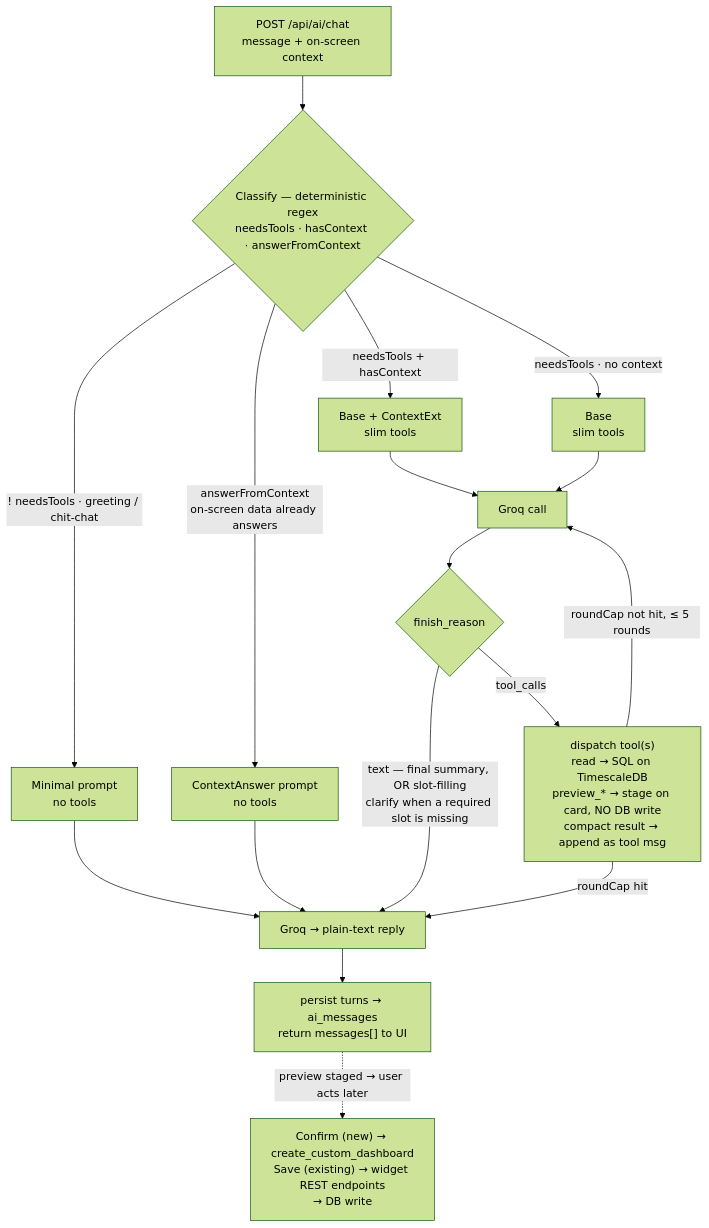
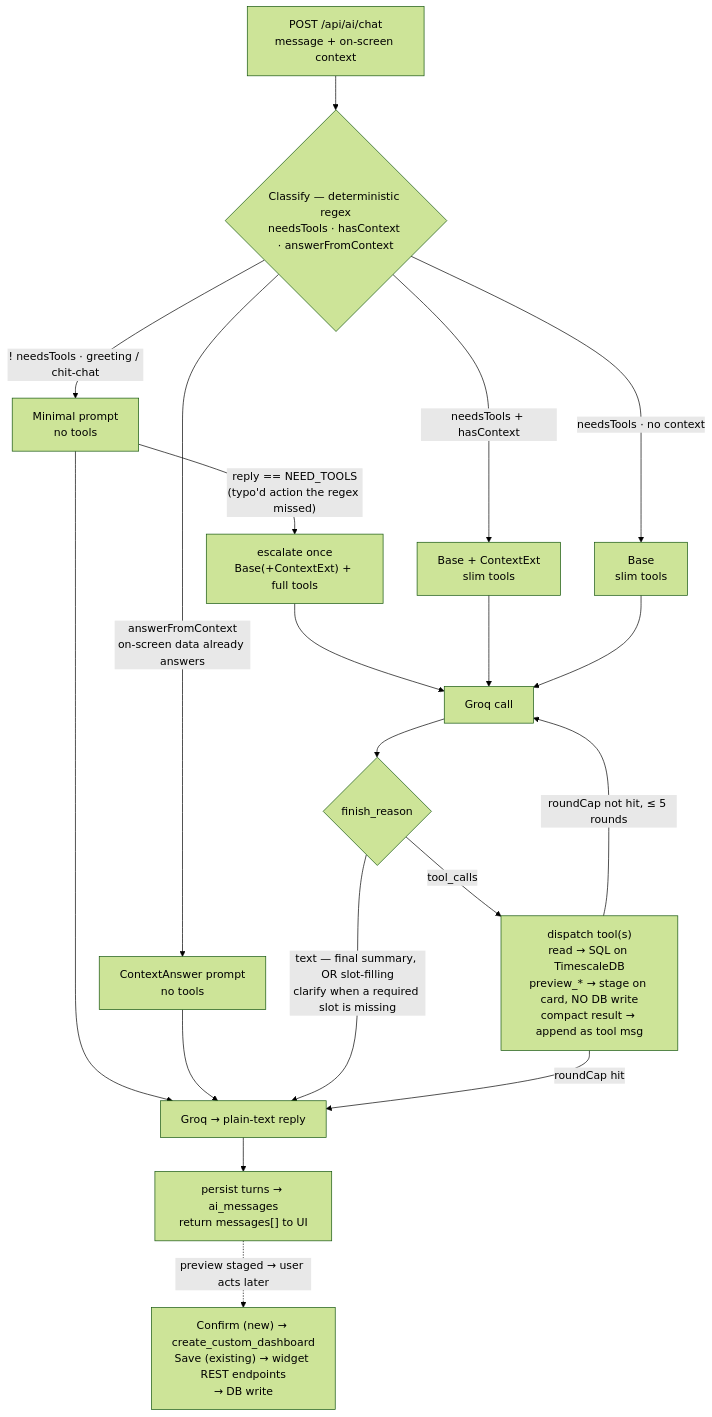
One commit to pepegummo/Project-Dashboard changed the second of 6 diagrams in docs/AI_ARCHITECTURE.md. Above: the diagram before and after it, drawn with Mermaid (forest theme). The commit also changed other lines of this file and 8 other files, not shown here.

````diff
--- a/docs/AI_ARCHITECTURE.md
+++ b/docs/AI_ARCHITECTURE.md
@@ -193,23 +204,25 @@
 ```mermaid
 flowchart TD
     A["POST /api/ai/chat<br/>message + on-screen context"] --> B{"Classify — deterministic regex<br/>needsTools · hasContext · answerFromContext"}
 
     B -->|"! needsTools · greeting / chit-chat"| P1["Minimal prompt<br/>no tools"]
     B -->|"answerFromContext<br/>on-screen data already answers"| P2["ContextAnswer prompt<br/>no tools"]
     B -->|"needsTools + hasContext"| P3["Base + ContextExt<br/>slim tools"]
     B -->|"needsTools · no context"| P4["Base<br/>slim tools"]
 
     P1 --> TXT["Groq → plain-text reply"]
+    P1 -->|"reply == NEED_TOOLS<br/>(typo'd action the regex missed)"| ESC["escalate once<br/>Base(+ContextExt) + full tools"]
+    ESC --> LOOP
     P2 --> TXT
     P3 --> LOOP["Groq call"]
     P4 --> LOOP
 
     LOOP --> D{"finish_reason"}
     D -->|"text — final summary, OR slot-filling<br/>clarify when a required slot is missing"| TXT
     D -->|"tool_calls"| EXEC["dispatch tool(s)<br/>read → SQL on TimescaleDB<br/>preview_* → stage on card, NO DB write<br/>compact result → append as tool msg"]
     EXEC -->|"roundCap not hit, ≤ 5 rounds"| LOOP
     EXEC -->|"roundCap hit"| TXT
 
     TXT --> OUT["persist turns → ai_messages<br/>return messages[] to UI"]
     OUT -.->|"preview staged → user acts later"| WRITE["Confirm (new) → create_custom_dashboard<br/>Save (existing) → widget REST endpoints<br/>→ DB write"]
 ```
````
